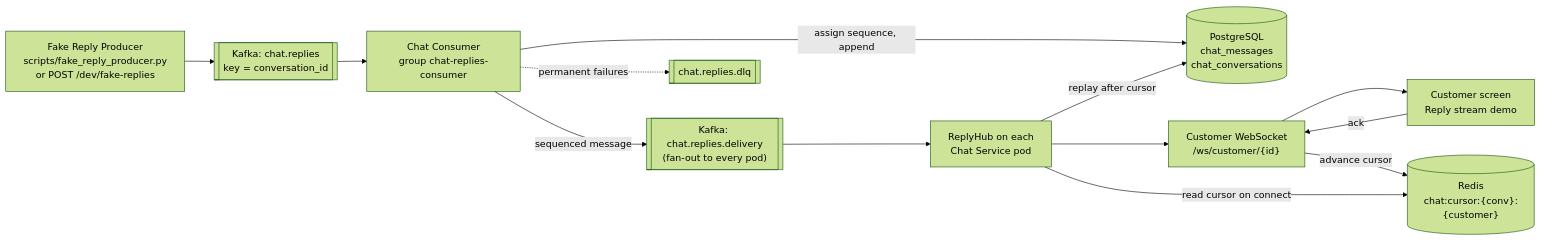
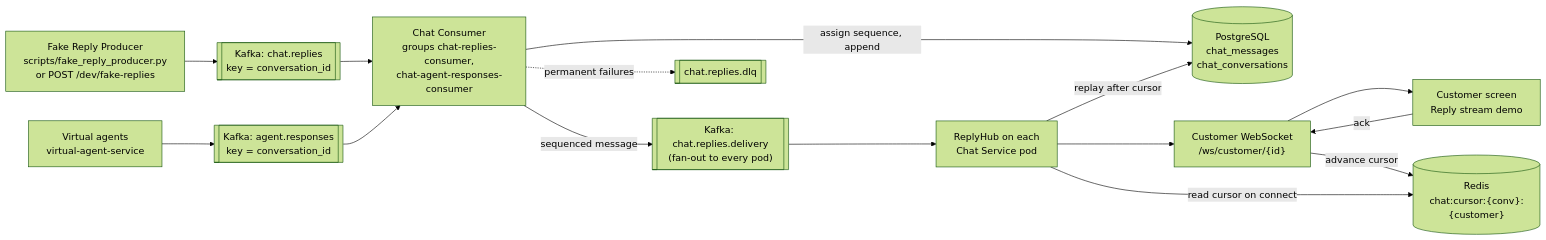
Before and after one commit to Revati-sp/CMPE-273-Group-3-Project: the second of 2 diagrams in README.md, drawn with Mermaid (forest theme). The commit also changed other lines of this file and 7 other files, not shown here.

First line of the commit message:
Commit real agent.responses records to the customer reply log

````diff
--- a/README.md
+++ b/README.md
@@ -153,21 +153,24 @@
 ```mermaid
 flowchart LR
+    VA["Virtual agents<br/>virtual-agent-service"]
+    AR[["Kafka: agent.responses<br/>key = conversation_id"]]
     P["Fake Reply Producer<br/>scripts/fake_reply_producer.py<br/>or POST /dev/fake-replies"]
     K[["Kafka: chat.replies<br/>key = conversation_id"]]
-    C["Chat Consumer<br/>group chat-replies-consumer"]
+    C["Chat Consumer<br/>groups chat-replies-consumer,<br/>chat-agent-responses-consumer"]
     DB[("PostgreSQL<br/>chat_messages<br/>chat_conversations")]
     D[["Kafka: chat.replies.delivery<br/>(fan-out to every pod)"]]
     H["ReplyHub on each<br/>Chat Service pod"]
     WS["Customer WebSocket<br/>/ws/customer/{id}"]
     R[("Redis<br/>chat:cursor:{conv}:{customer}")]
     UI["Customer screen<br/>Reply stream demo"]
     DLQ[["chat.replies.dlq"]]
 
     P --> K --> C
+    VA --> AR --> C
     C -->|"assign sequence, append"| DB
     C -->|"sequenced message"| D --> H --> WS --> UI
     C -.->|"permanent failures"| DLQ
     UI -->|"ack"| WS -->|"advance cursor"| R
     H -->|"replay after cursor"| DB
     H -->|"read cursor on connect"| R
 ```
````
